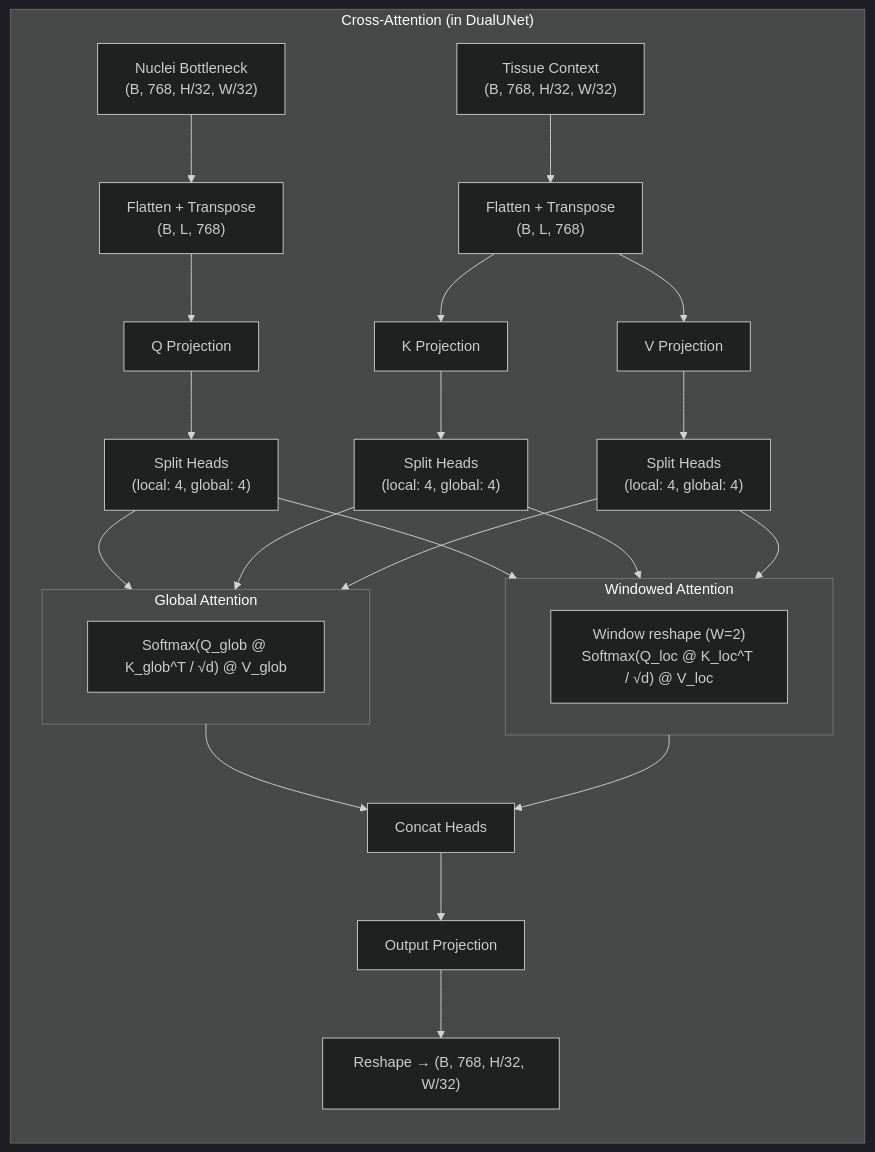
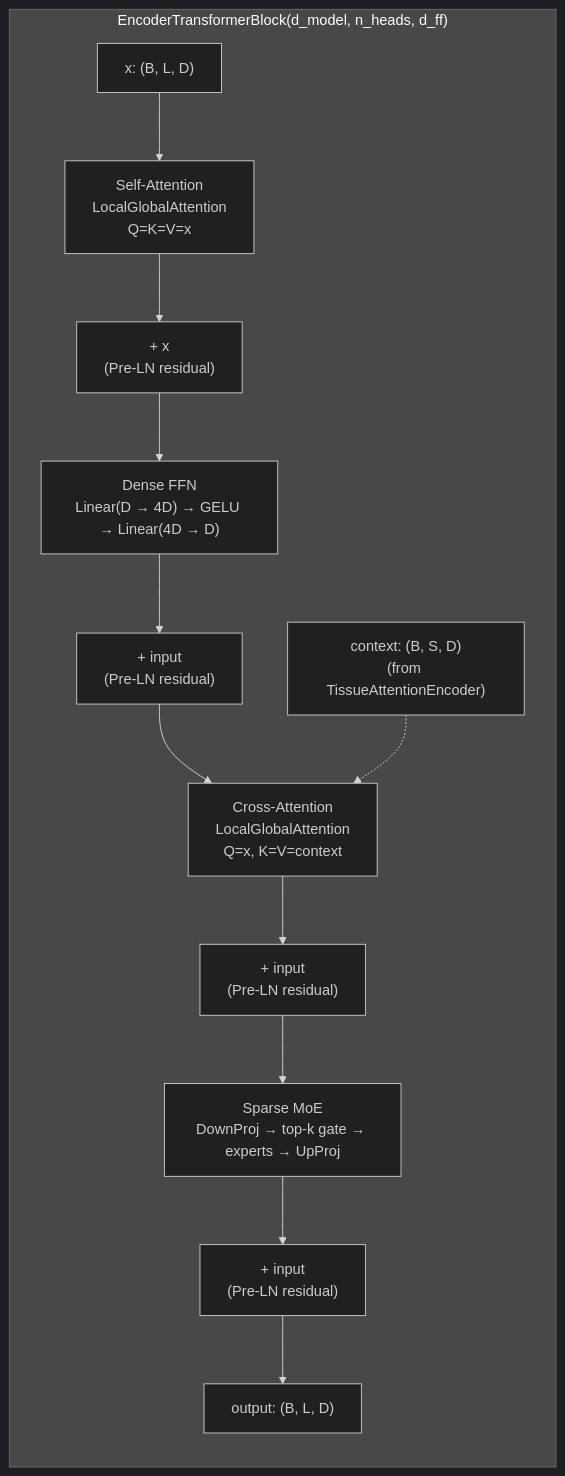
Before and after one commit to hoangtung386/Prometheus: the sixth of 8 diagrams in docs/Architecture.md, drawn with Mermaid (dark theme). The commit also changed other lines of this file, not shown here.

Commit message:
Fix DualUNet mermaid diagram: replace LocalGlobalAttention with EncoderTransformerStack + add EncoderTransformerBlock detail

````diff
--- a/docs/Architecture.md
+++ b/docs/Architecture.md
@@ -218,35 +220,16 @@
 ```mermaid
 flowchart LR
-    subgraph Fusion["Cross-Attention (in DualUNet)"]
-        NB["Nuclei Bottleneck<br/>(B, 768, H/32, W/32)"] --> FL["Flatten + Transpose<br/>(B, L, 768)"]
-        TB["Tissue Context<br/>(B, 768, H/32, W/32)"] --> FL2["Flatten + Transpose<br/>(B, L, 768)"]
+    subgraph Block["EncoderTransformerBlock(d_model, n_heads, d_ff)"]
+        IN["x: (B, L, D)"] --> SA["Self-Attention<br/>LocalGlobalAttention<br/>Q=K=V=x"]
+        SA --> SA_RES["+ x<br/>(Pre-LN residual)"]
+        SA_RES --> FFN["Dense FFN<br/>Linear(D → 4D) → GELU → Linear(4D → D)"]
+        FFN --> FFN_RES["+ input<br/>(Pre-LN residual)"]
+        FFN_RES --> CA["Cross-Attention<br/>LocalGlobalAttention<br/>Q=x, K=V=context"]
+        CA --> CA_RES["+ input<br/>(Pre-LN residual)"]
+        CA_RES --> MOE["Sparse MoE<br/>DownProj → top-k gate → experts → UpProj"]
+        MOE --> MOE_RES["+ input<br/>(Pre-LN residual)"]
+        MOE_RES --> OUT["output: (B, L, D)"]
 
-        FL --> Q["Q Projection"]
-        FL2 --> K["K Projection"]
-        FL2 --> V["V Projection"]
-
-        Q --> SPLIT["Split Heads<br/>(local: 4, global: 4)"]
-        K --> SPLIT2["Split Heads<br/>(local: 4, global: 4)"]
-        V --> SPLIT3["Split Heads<br/>(local: 4, global: 4)"]
-
-        subgraph Global["Global Attention"]
-            GLO["Softmax(Q_glob @ K_glob^T / √d) @ V_glob"]
-        end
-
-        subgraph Local["Windowed Attention"]
-            LO["Window reshape (W=2)<br/>Softmax(Q_loc @ K_loc^T / √d) @ V_loc"]
-        end
-
-        SPLIT --> Global
-        SPLIT --> Local
-        SPLIT2 --> Global
-        SPLIT2 --> Local
-        SPLIT3 --> Global
-        SPLIT3 --> Local
-
-        Global --> CAT["Concat Heads"]
-        Local --> CAT
-        CAT --> O["Output Projection"]
-        O --> RESHAPE["Reshape → (B, 768, H/32, W/32)"]
+        CTX["context: (B, S, D)<br/>(from TissueAttentionEncoder)"] -.-> CA
     end
 ```
````
